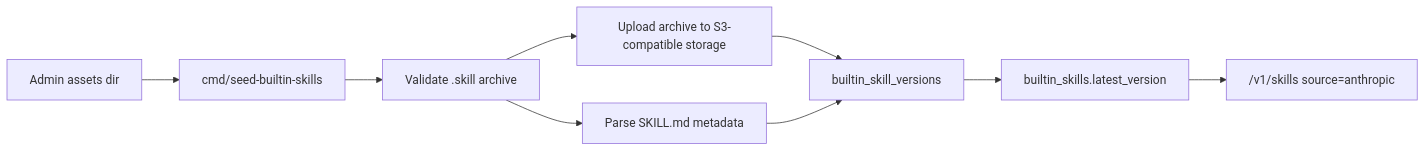
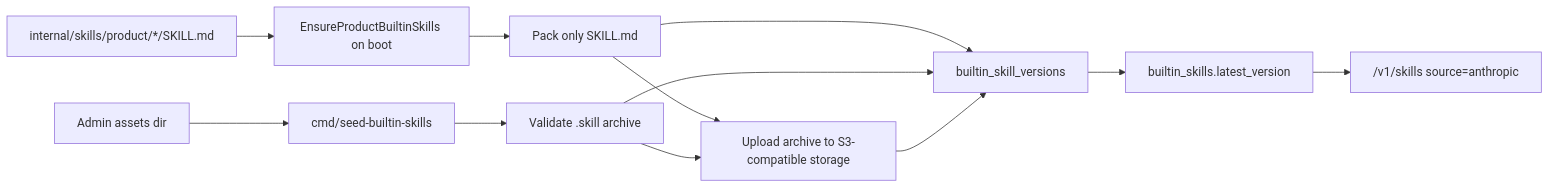
One commit to superduck-ai/open-managed-agents changed the diagram in docs/design/be/skills-builtin-seed-and-storage.md. Above: the diagram before and after it, drawn with Mermaid. The commit also changed other lines of this file and 83 other files, not shown here.

````diff
--- a/docs/design/be/skills-builtin-seed-and-storage.md
+++ b/docs/design/be/skills-builtin-seed-and-storage.md
@@ -41,11 +40,14 @@
 ```mermaid
 flowchart LR
+  P["internal/skills/product/*/SKILL.md"] --> E["EnsureProductBuiltinSkills on boot"]
   A["Admin assets dir"] --> B["cmd/seed-builtin-skills"]
-  B --> C["Validate .skill archive"]
+  E --> C["Pack only SKILL.md"]
+  B --> C2["Validate .skill archive"]
   C --> D["Upload archive to S3-compatible storage"]
-  C --> E["Parse SKILL.md metadata"]
-  D --> F["builtin_skill_versions"]
-  E --> F
+  C2 --> D
+  C --> F["builtin_skill_versions"]
+  C2 --> F
+  D --> F
   F --> G["builtin_skills.latest_version"]
   G --> H["/v1/skills source=anthropic"]
 ```
````
